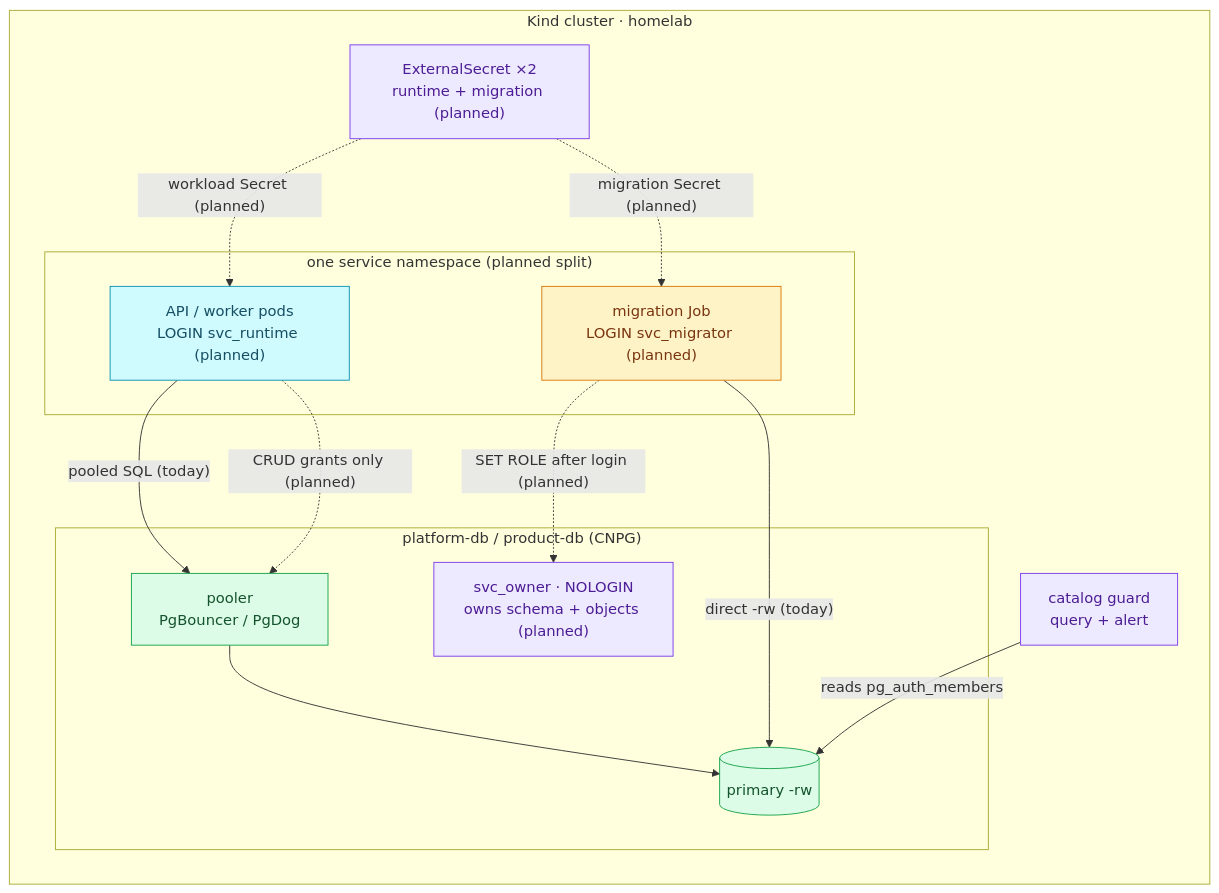
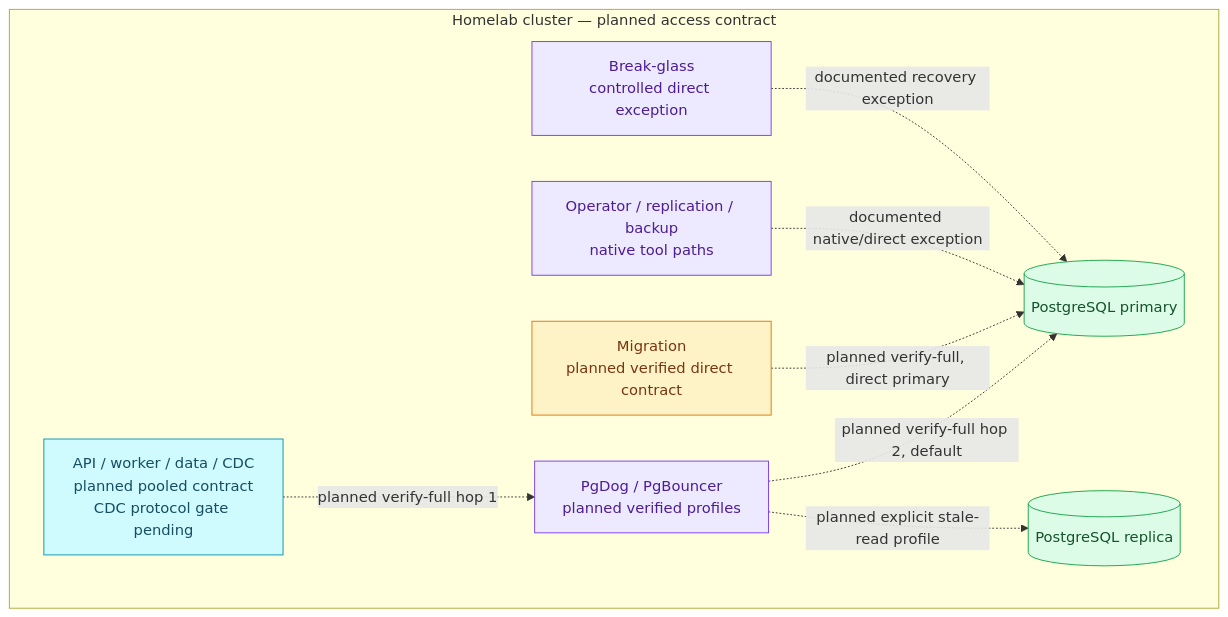
One commit to duynhlab/homelab changed the diagram in docs/proposals/rfc/RFC-0029/README.md. Above: the diagram before and after it, drawn with Mermaid. The commit also changed other lines of this file and 7 other files, not shown here.

First line of the commit message:
Align RFC-0029 with the access contract

````diff
--- a/docs/proposals/rfc/RFC-0029/README.md
+++ b/docs/proposals/rfc/RFC-0029/README.md
@@ -166,29 +163,22 @@
 ```mermaid
-flowchart LR
-    subgraph cluster["Kind cluster · homelab"]
-        subgraph svc["one service namespace (planned split)"]
-            job["migration Job<br/>LOGIN svc_migrator (planned)"]:::worker
-            api["API / worker pods<br/>LOGIN svc_runtime (planned)"]:::service
-        end
-        subgraph data["platform-db / product-db (CNPG)"]
-            pooler["pooler<br/>PgBouncer / PgDog"]:::data
-            primary[("primary -rw")]:::data
-            owner["svc_owner · NOLOGIN<br/>owns schema + objects (planned)"]:::platform
-        end
-        eso["ExternalSecret ×2<br/>runtime + migration (planned)"]:::platform
-        guard["catalog guard<br/>query + alert"]:::platform
+flowchart TB
+    subgraph cluster["Homelab cluster — planned access contract"]
+        app["API / worker / data / CDC<br/>planned pooled contract<br/>CDC protocol gate pending"]:::service
+        mig["Migration<br/>planned verified direct contract"]:::worker
+        pool["PgDog / PgBouncer<br/>planned verified profiles"]:::platform
+        primary[("PostgreSQL primary")]:::data
+        replica[("PostgreSQL replica")]:::data
+        ops["Operator / replication / backup<br/>native tool paths"]:::platform
+        emergency["Break-glass<br/>controlled direct exception"]:::platform
+        app -. "planned verify-full hop 1" .-> pool
+        pool -. "planned verify-full hop 2, default" .-> primary
+        pool -. "planned explicit stale-read profile" .-> replica
+        mig -. "planned verify-full, direct primary" .-> primary
+        ops -. "documented native/direct exception" .-> primary
+        emergency -. "documented recovery exception" .-> primary
     end
-
-    eso -. "workload Secret (planned)" .-> api
-    eso -. "migration Secret (planned)" .-> job
-    api -->|"pooled SQL (today)"| pooler --> primary
-    api -. "CRUD grants only (planned)" .-> pooler
-    job -->|"direct -rw (today)"| primary
-    job -. "SET ROLE after login (planned)" .-> owner
-    guard -->|"reads pg_auth_members"| primary
-
     classDef service fill:#cffafe,color:#164e63,stroke:#0891b2;
     classDef worker fill:#fef3c7,color:#78350f,stroke:#d97706;
     classDef platform fill:#ede9fe,color:#4c1d95,stroke:#7c3aed;
     classDef data fill:#dcfce7,color:#14532d,stroke:#16a34a;
 ```
````
